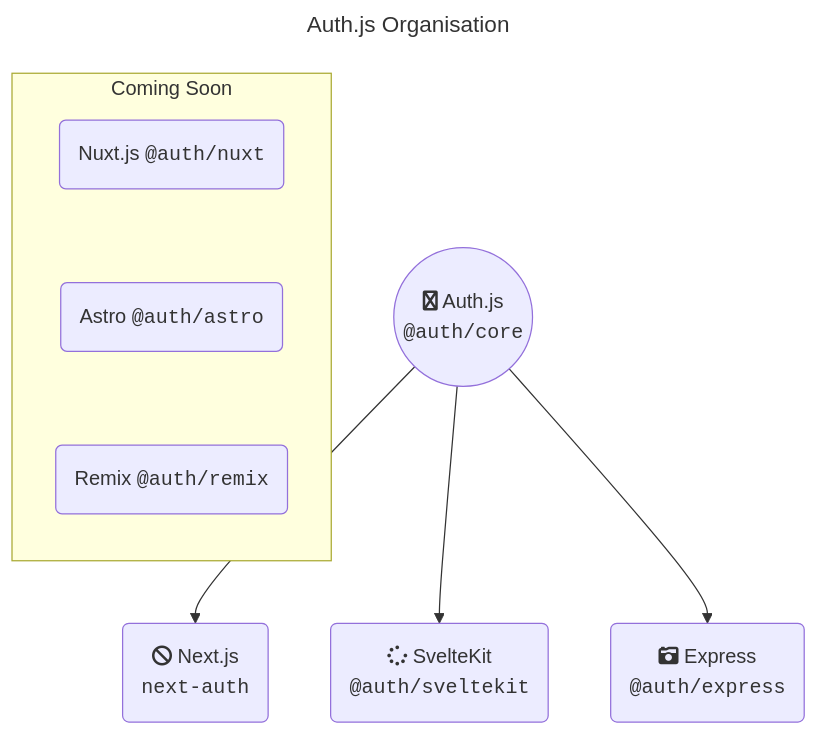
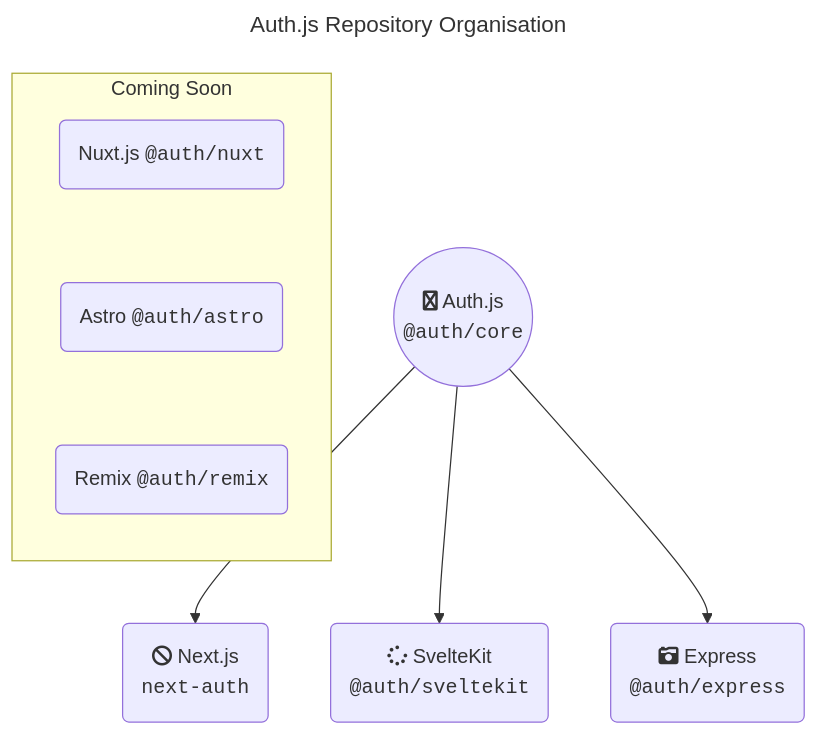
One commit to lluia/nextra-docs changed the diagram in pages/getting-started/index.mdx. Above: the diagram before and after it, drawn with Mermaid. The commit also changed 1 other file, not shown here.

Commit message:
fix: failing tests

````diff
--- a/pages/getting-started/index.mdx
+++ b/pages/getting-started/index.mdx
@@ -18,19 +18,19 @@
 ```mermaid
 ---
-title: Auth.js Organisation
+title: Auth.js Repository Organisation
 ---
 %%{ init: { "fontFamily": "Inter, ui-sans-serif, system-ui, apple-system, Verdana, Arial", "flowchart": {
 %"htmlLabels": false }  } }%%
 flowchart TD
     B(("fa:fa-twitter Auth.js\n<code>#64;auth/core</code>"))
     B-->C(fa:fa-ban Next.js\n<code>next-auth</code>)
     B-->D("fa:fa-spinner SvelteKit\n<code>#64;auth/sveltekit</code>")
     B-->E(fa:fa-camera-retro Express\n<code>#64;auth/express</code>)
 subgraph "coming-soon" [Coming Soon]
     direction TB
     F("Nuxt.js <code>#64;auth/nuxt</code>")
     F~~~G("Astro <code>#64;auth/astro</code>")
     G~~~H("Remix <code>#64;auth/remix</code>")
 end
 class coming-soon comingClass
 ```
````
